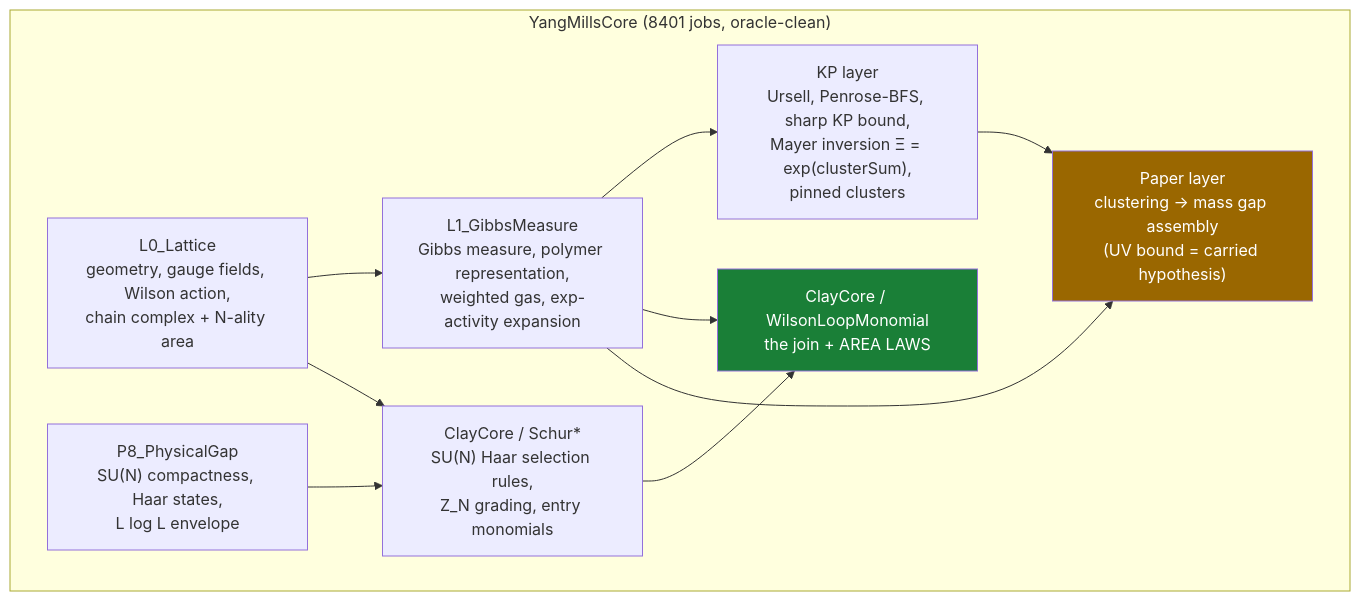
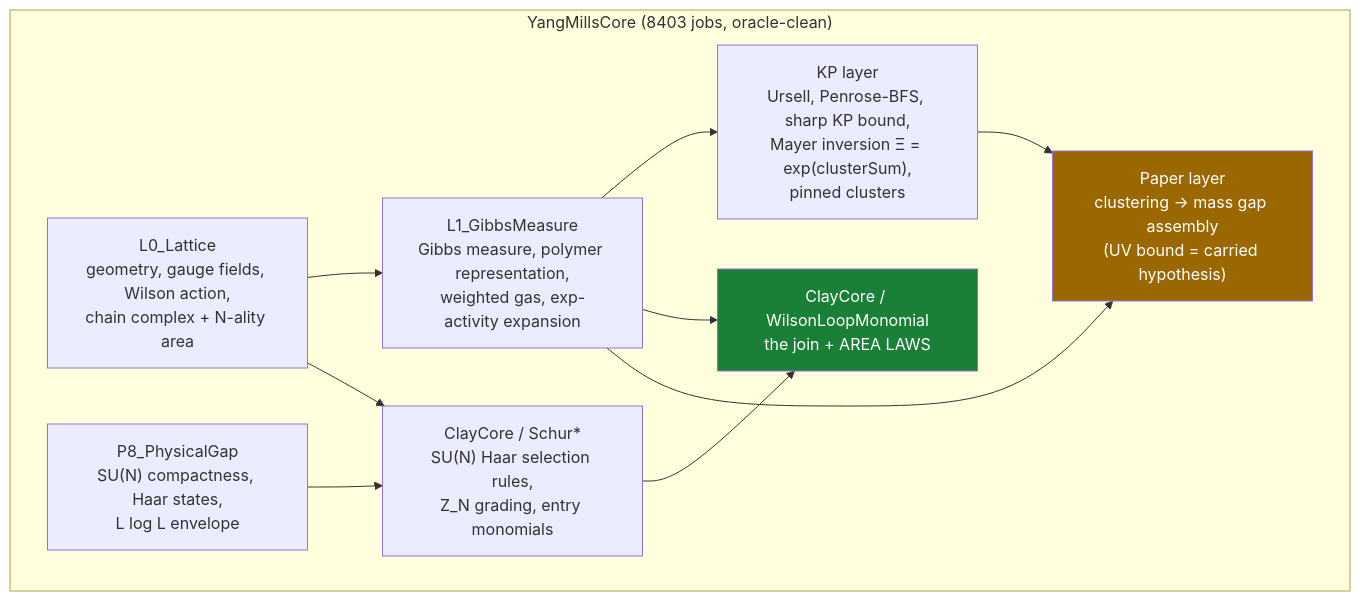
Before and after one commit to lluiseriksson/THE-ERIKSSON-PROGRAMME: the diagram in README.md, drawn with Mermaid. The commit also changed other lines of this file and 11 other files, not shown here.

````diff
--- a/README.md
+++ b/README.md
@@ -363,20 +363,20 @@
 ```mermaid
 graph TD
-    subgraph core["YangMillsCore  (8401 jobs, oracle-clean)"]
+    subgraph core["YangMillsCore  (8403 jobs, oracle-clean)"]
         L0["L0_Lattice<br/>geometry, gauge fields, Wilson action,<br/>chain complex + N-ality area"]
         L1["L1_GibbsMeasure<br/>Gibbs measure, polymer representation,<br/>weighted gas, exp-activity expansion"]
         KP["KP layer<br/>Ursell, Penrose-BFS, sharp KP bound,<br/>Mayer inversion Ξ = exp(clusterSum),<br/>pinned clusters"]
         SCHUR["ClayCore / Schur*<br/>SU(N) Haar selection rules,<br/>Z_N grading, entry monomials"]
         WLM["ClayCore / WilsonLoopMonomial<br/>the join + AREA LAWS"]
         PAPER["Paper layer<br/>clustering → mass gap assembly<br/>(UV bound = carried hypothesis)"]
         P8["P8_PhysicalGap<br/>SU(N) compactness, Haar states,<br/>L log L envelope"]
     end
     L0 --> L1 --> KP
     L0 --> SCHUR --> WLM
     L1 --> WLM
     L1 --> PAPER
     KP --> PAPER
     P8 --> SCHUR
     style WLM fill:#1a7f37,color:#fff
     style PAPER fill:#9a6700,color:#fff
 ```
````
